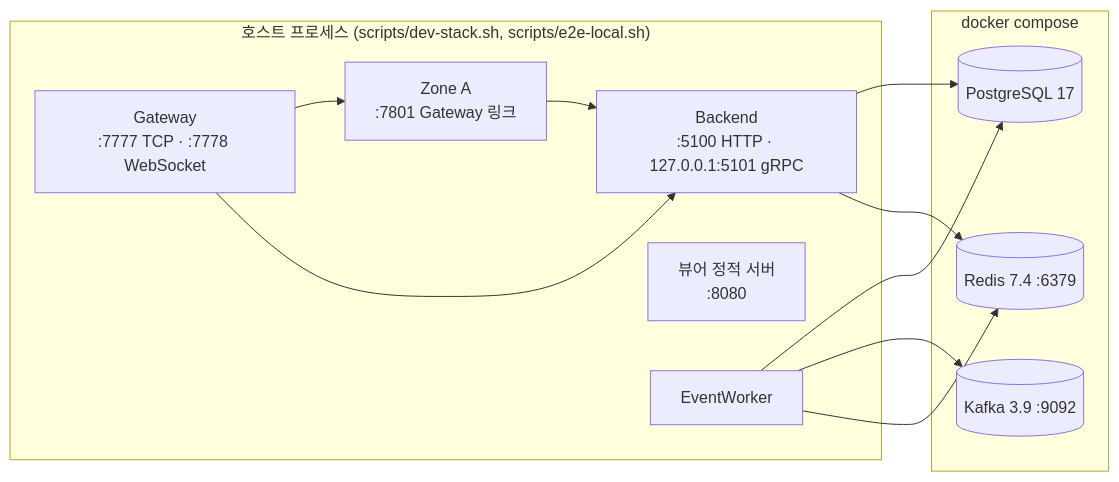
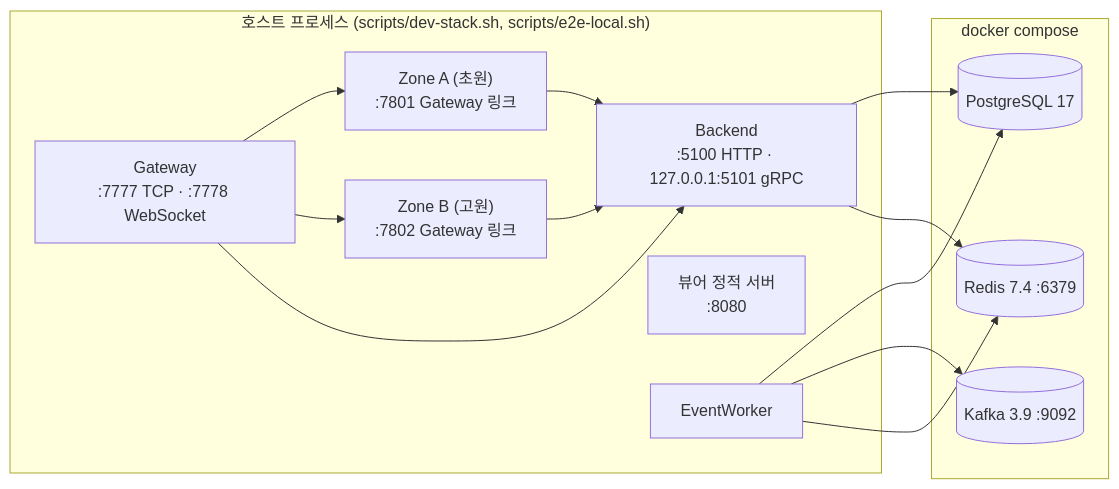
Before and after one commit to hstar0124/sa-server: the ninth of 10 diagrams in README.md, drawn with Mermaid. The commit also changed other lines of this file and 5 other files, not shown here.

````diff
--- a/README.md
+++ b/README.md
@@ -492,23 +496,26 @@
 ```mermaid
 flowchart LR
     subgraph compose["docker compose"]
         PG[("PostgreSQL 17")]
         KF[("Kafka 3.9 :9092")]
         RD[("Redis 7.4 :6379")]
     end
     subgraph host["호스트 프로세스 (scripts/dev-stack.sh, scripts/e2e-local.sh)"]
         BE["Backend<br/>:5100 HTTP · 127.0.0.1:5101 gRPC"]
-        ZA["Zone A<br/>:7801 Gateway 링크"]
+        ZA["Zone A (초원)<br/>:7801 Gateway 링크"]
+        ZB["Zone B (고원)<br/>:7802 Gateway 링크"]
         GW["Gateway<br/>:7777 TCP · :7778 WebSocket"]
         VW["뷰어 정적 서버<br/>:8080"]
         EW["EventWorker"]
     end
     BE --> PG
     EW --> PG
     EW --> KF
     EW --> RD
     BE --> RD
     GW --> ZA
+    GW --> ZB
     GW --> BE
     ZA --> BE
+    ZB --> BE
 ```
````
